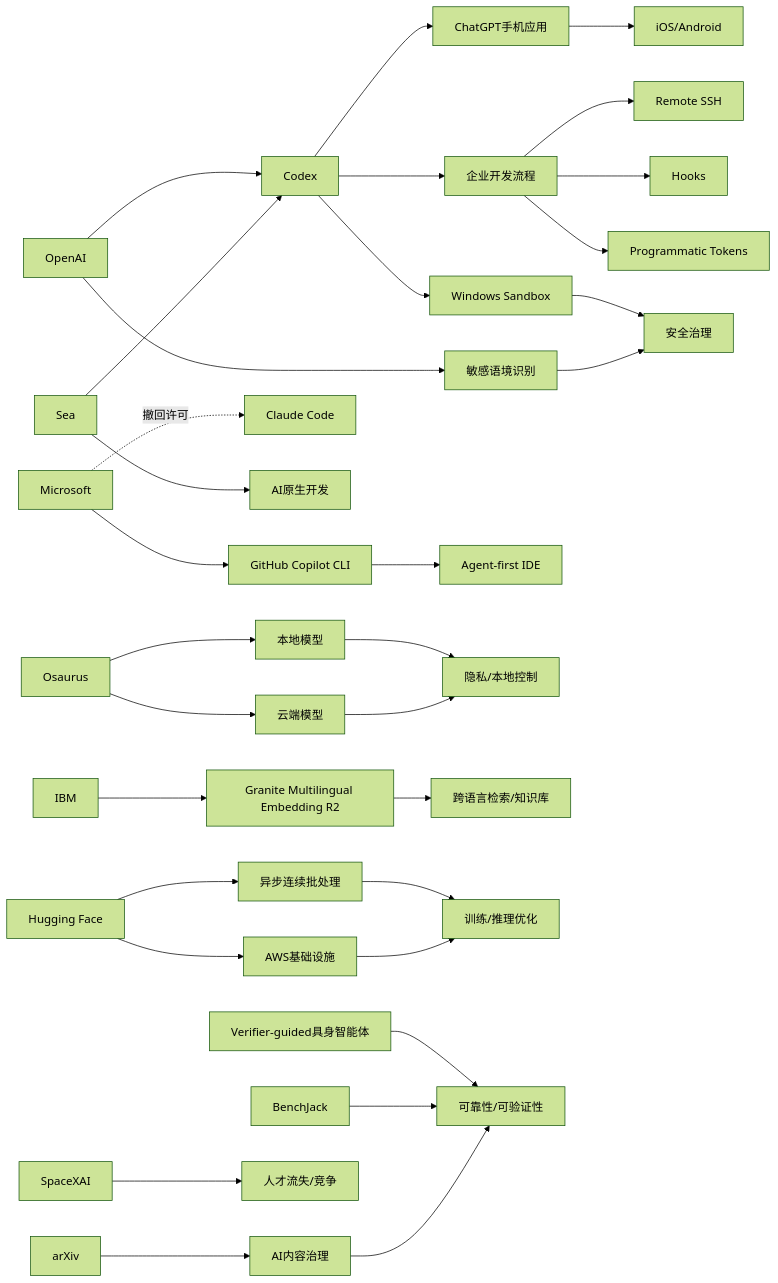
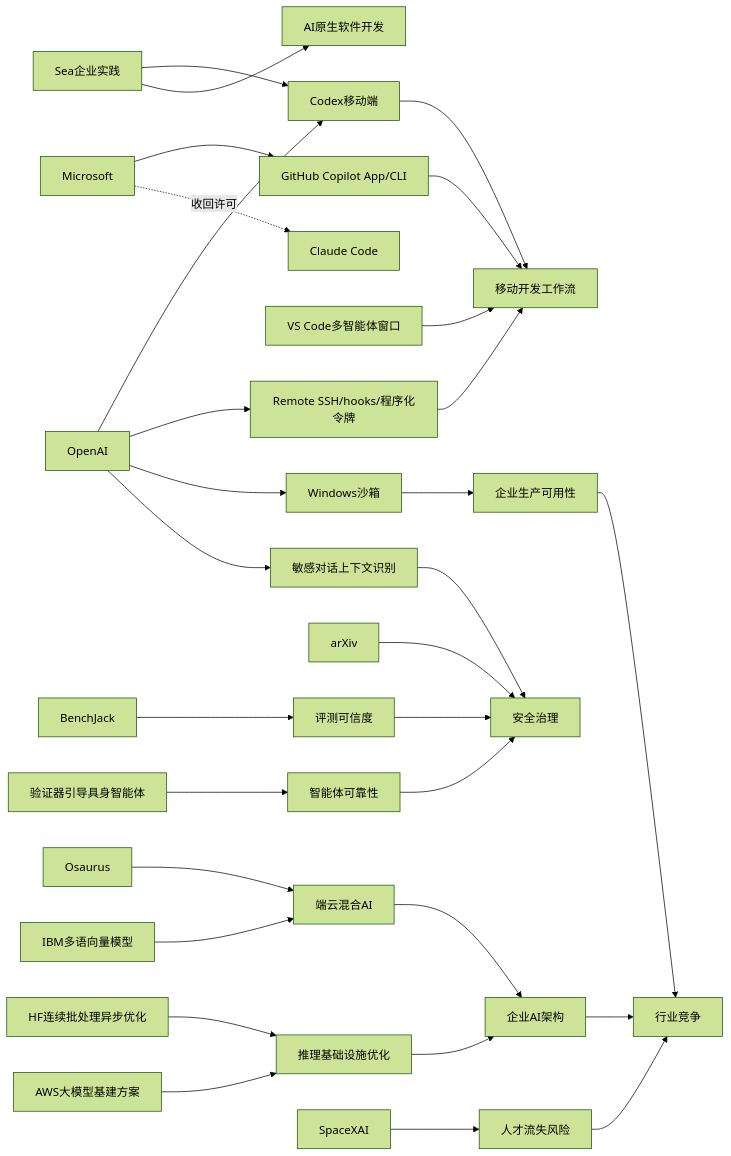
One commit to zhuxinfei/ai-daily-site changed the diagram in content/cn/2026/2026-05/2026-05-15.md. Above: the diagram before and after it, drawn with Mermaid (forest theme). The commit also changed other lines of this file, not shown here.

````diff
--- a/content/cn/2026/2026-05/2026-05-15.md
+++ b/content/cn/2026/2026-05/2026-05-15.md
@@ -120,84 +110,39 @@
 ```mermaid
 graph LR
-    OpenAI[OpenAI]
-    Codex[Codex]
-    ChatGPTApp[ChatGPT手机应用]
-    Mobile[iOS/Android]
-    Enterprise[企业开发流程]
-    SSH[Remote SSH]
-    Hooks[Hooks]
-    Tokens[Programmatic Tokens]
-    Sandbox[Windows Sandbox]
-    Security[安全治理]
-    Sensitive[敏感语境识别]
+    OpenAI --> Codex_Mobile[Codex移动端]
+    OpenAI --> Codex_Remote[Remote SSH/hooks/程序化令牌]
+    OpenAI --> Codex_Sandbox[Windows沙箱]
+    Codex_Mobile --> DevWorkflow[移动开发工作流]
+    Codex_Remote --> DevWorkflow
+    Codex_Sandbox --> EnterpriseUse[企业生产可用性]
 
-    Microsoft[Microsoft]
-    Copilot[GitHub Copilot CLI]
-    Claude[Claude Code]
-    IDE[Agent-first IDE]
+    GitHubCopilot[GitHub Copilot App/CLI] --> DevWorkflow
+    VSCode[VS Code多智能体窗口] --> DevWorkflow
+    Microsoft --> GitHubCopilot
+    Microsoft -.收回许可.-> ClaudeCode[Claude Code]
 
-    Sea[Sea]
-    AINative[AI原生开发]
+    Sea[Sea企业实践] --> Codex_Mobile
+    Sea --> AINativeDev[AI原生软件开发]
 
-    Osaurus[Osaurus]
-    Local[本地模型]
-    Cloud[云端模型]
-    Privacy[隐私/本地控制]
+    OpenAI --> SensitiveContext[敏感对话上下文识别]
+    SensitiveContext --> SafetyGov[安全治理]
 
-    IBM[IBM]
-    Granite[Granite Multilingual Embedding R2]
-    Retrieval[跨语言检索/知识库]
+    arXiv --> SafetyGov
+    BenchJack --> EvalTrust[评测可信度]
+    EvalTrust --> SafetyGov
 
-    HF[Hugging Face]
-    Async[异步连续批处理]
-    AWS[AWS基础设施]
-    Infra[训练/推理优化]
+    Osaurus --> HybridAI[端云混合AI]
+    IBM_Granite[IBM多语向量模型] --> HybridAI
+    HF_Batching[HF连续批处理异步优化] --> InfraOpt[推理基础设施优化]
+    AWS_Guide[AWS大模型基建方案] --> InfraOpt
+    HybridAI --> EnterpriseAI[企业AI架构]
+    InfraOpt --> EnterpriseAI
 
-    Verifier[Verifier-guided具身智能体]
-    BenchJack[BenchJack]
-    Reliability[可靠性/可验证性]
+    VerifierGuided[验证器引导具身智能体] --> AgentReliability[智能体可靠性]
+    AgentReliability --> SafetyGov
 
-    arXiv[arXiv]
-    Governance[AI内容治理]
-
-    SpaceXAI[SpaceXAI]
-    Talent[人才流失/竞争]
-
-    OpenAI --> Codex
-    Codex --> ChatGPTApp
-    ChatGPTApp --> Mobile
-    Codex --> Enterprise
-    Enterprise --> SSH
-    Enterprise --> Hooks
-    Enterprise --> Tokens
-    Codex --> Sandbox
-    Sandbox --> Security
-    OpenAI --> Sensitive
-    Sensitive --> Security
-
-    Microsoft --> Copilot
-    Microsoft -.撤回许可.-> Claude
-    Copilot --> IDE
-    Sea --> Codex
-    Sea --> AINative
-
-    Osaurus --> Local
-    Osaurus --> Cloud
-    Local --> Privacy
-    Cloud --> Privacy
-
-    IBM --> Granite
-    Granite --> Retrieval
-
-    HF --> Async
-    HF --> AWS
-    Async --> Infra
-    AWS --> Infra
-
-    Verifier --> Reliability
-    BenchJack --> Reliability
-    arXiv --> Governance
-    Governance --> Reliability
-
-    SpaceXAI --> Talent
+    SpaceXAI --> TalentRisk[人才流失风险]
+    TalentRisk --> IndustryCompetition[行业竞争]
+    EnterpriseUse --> IndustryCompetition
+    EnterpriseAI --> IndustryCompetition
 ```
````
